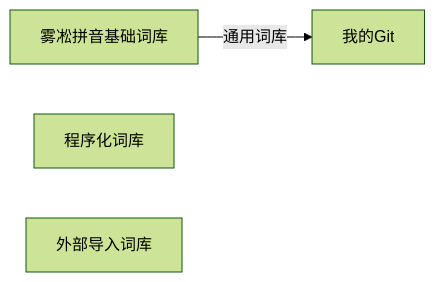
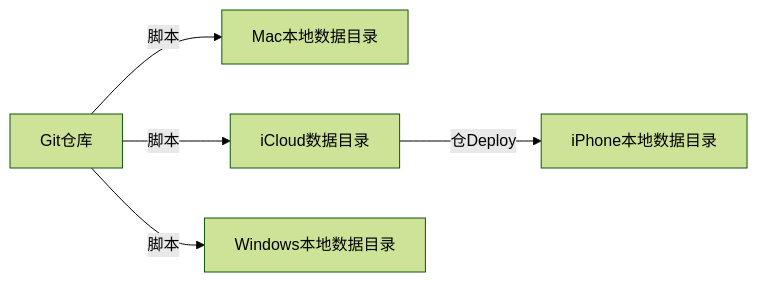
The first of 2 diagrams in _posts/2024-07-02-my-rime-data-sync-method.md (plutotree/plutotree.github.io), drawn with Mermaid (forest theme) before and after one commit. The commit also changed other lines of this file, not shown here.

````diff
--- a/_posts/2024-07-02-my-rime-data-sync-method.md
+++ b/_posts/2024-07-02-my-rime-data-sync-method.md
@@ -39,9 +86,13 @@
 ```mermaid
 graph LR
-A1["雾凇拼音基础词库"]
-A2["程序化词库"]
-A3["外部导入词库"]
-A["我的Git"]
 
-A1--通用词库-->A
+A["Git仓库"]
+B["iPhone本地数据目录"]
+C["Mac本地数据目录"]
+D["iCloud数据目录"]
+E["Windows本地数据目录"]
+
+A--脚本-->C
+A--脚本-->D--仓Deploy-->B
+A--脚本-->E
 ```
````
